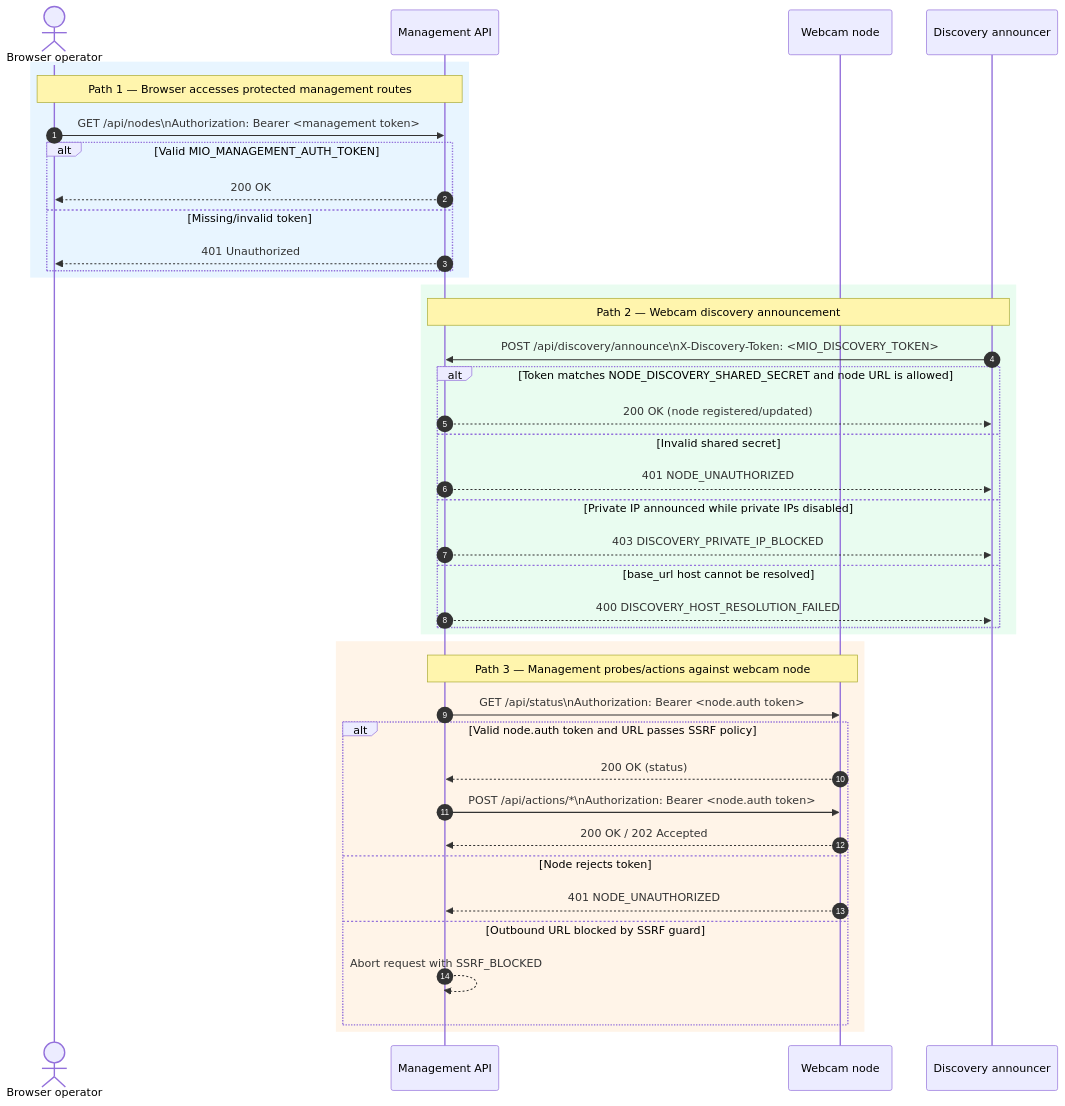
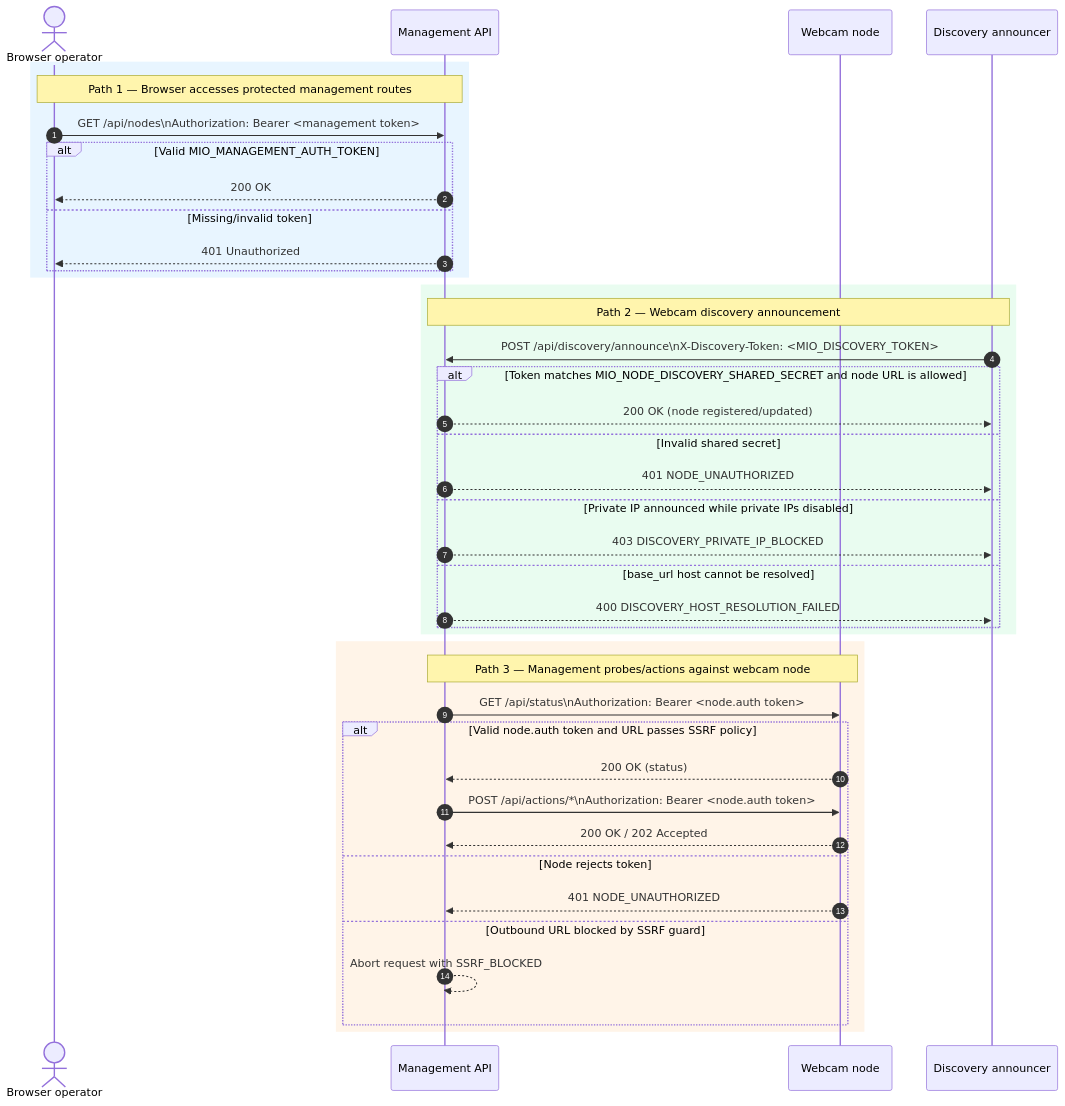
The first of 2 diagrams in docs/guides/DEPLOYMENT.md (CyanAutomation/motioninocean), drawn with Mermaid before and after one commit. The commit also changed other lines of this file and 11 other files, not shown here.

````diff
--- a/docs/guides/DEPLOYMENT.md
+++ b/docs/guides/DEPLOYMENT.md
@@ -198,46 +187,46 @@
 ```mermaid
 sequenceDiagram
     autonumber
     actor Browser as Browser operator
     participant Mgmt as Management API
     participant Webcam as Webcam node
     participant Discovery as Discovery announcer
 
     rect rgb(232, 245, 255)
         Note over Browser,Mgmt: Path 1 — Browser accesses protected management routes
         Browser->>Mgmt: GET /api/nodes\nAuthorization: Bearer <management token>
         alt Valid MIO_MANAGEMENT_AUTH_TOKEN
             Mgmt-->>Browser: 200 OK
         else Missing/invalid token
             Mgmt-->>Browser: 401 Unauthorized
         end
     end
 
     rect rgb(233, 252, 240)
         Note over Discovery,Mgmt: Path 2 — Webcam discovery announcement
         Discovery->>Mgmt: POST /api/discovery/announce\nX-Discovery-Token: <MIO_DISCOVERY_TOKEN>
-        alt Token matches NODE_DISCOVERY_SHARED_SECRET and node URL is allowed
+        alt Token matches MIO_NODE_DISCOVERY_SHARED_SECRET and node URL is allowed
             Mgmt-->>Discovery: 200 OK (node registered/updated)
         else Invalid shared secret
             Mgmt-->>Discovery: 401 NODE_UNAUTHORIZED
         else Private IP announced while private IPs disabled
             Mgmt-->>Discovery: 403 DISCOVERY_PRIVATE_IP_BLOCKED
         else base_url host cannot be resolved
             Mgmt-->>Discovery: 400 DISCOVERY_HOST_RESOLUTION_FAILED
         end
     end
 
     rect rgb(255, 244, 232)
         Note over Mgmt,Webcam: Path 3 — Management probes/actions against webcam node
         Mgmt->>Webcam: GET /api/status\nAuthorization: Bearer <node.auth token>
         alt Valid node.auth token and URL passes SSRF policy
             Webcam-->>Mgmt: 200 OK (status)
             Mgmt->>Webcam: POST /api/actions/*\nAuthorization: Bearer <node.auth token>
             Webcam-->>Mgmt: 200 OK / 202 Accepted
         else Node rejects token
             Webcam-->>Mgmt: 401 NODE_UNAUTHORIZED
         else Outbound URL blocked by SSRF guard
             Mgmt-->>Mgmt: Abort request with SSRF_BLOCKED
         end
     end
 ```
````
